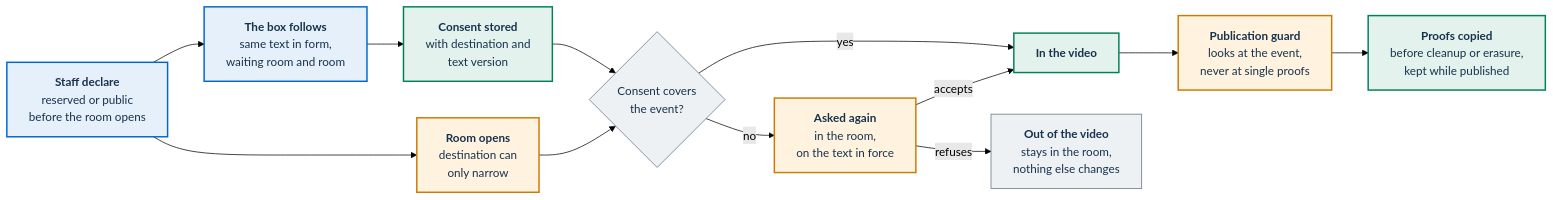
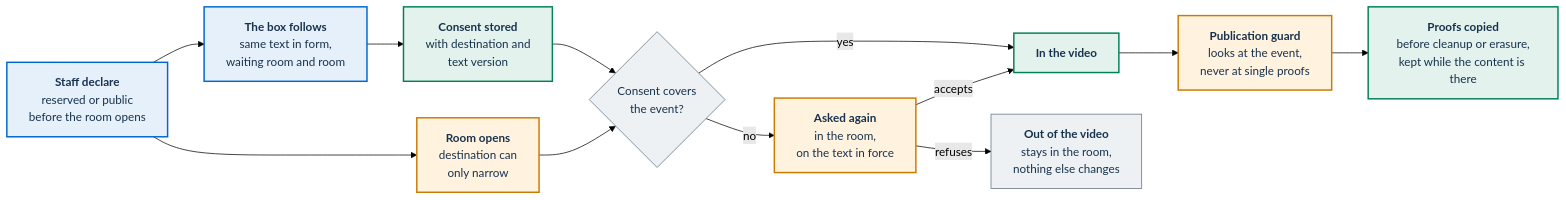
One commit to italia/pa-webinar changed the diagram in docs/adr/020-consents-follow-event-format.md. Above: the diagram before and after it, drawn with Mermaid (forest theme). The commit also changed other lines of this file and 22 other files, not shown here.

````diff
--- a/docs/adr/020-consents-follow-event-format.md
+++ b/docs/adr/020-consents-follow-event-format.md
@@ -95,26 +95,26 @@
 ```mermaid
 flowchart LR
     D["<b>Staff declare</b><br/>reserved or public<br/>before the room opens"]:::portal
     T["<b>The box follows</b><br/>same text in form,<br/>waiting room and room"]:::portal
     C["<b>Consent stored</b><br/>with destination and<br/>text version"]:::data
     F["<b>Room opens</b><br/>destination can<br/>only narrow"]:::job
     Q{"Consent covers<br/>the event?"}:::ext
     IN["<b>In the video</b>"]:::data
     A["<b>Asked again</b><br/>in the room,<br/>on the text in force"]:::job
     OUT["<b>Out of the video</b><br/>stays in the room,<br/>nothing else changes"]:::ext
     G["<b>Publication guard</b><br/>looks at the event,<br/>never at single proofs"]:::job
-    P["<b>Proofs copied</b><br/>before cleanup or erasure,<br/>kept while published"]:::data
+    P["<b>Proofs copied</b><br/>before cleanup or erasure,<br/>kept while the content is there"]:::data
 
     D --> T --> C --> Q
     D --> F --> Q
     Q -->|"yes"| IN
     Q -->|"no"| A
     A -->|"accepts"| IN
     A -->|"refuses"| OUT
     IN --> G --> P
 
     classDef portal fill:#E6F0FA,stroke:#0066CC,stroke-width:2px,color:#17324D
     classDef data fill:#E3F2EC,stroke:#008055,stroke-width:2px,color:#17324D
     classDef job fill:#FFF3E0,stroke:#CC7A00,stroke-width:2px,color:#17324D
     classDef ext fill:#EEF1F4,stroke:#5C6F82,stroke-width:1px,color:#17324D
 ```
````
